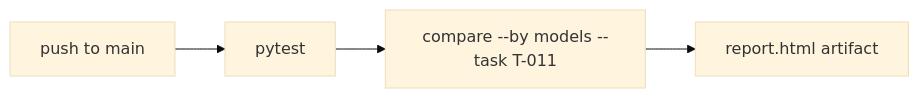
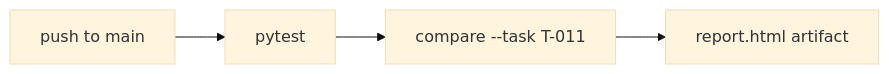
The sixth of 6 diagrams in README.md (HOSH19/HarnessLab), drawn with Mermaid (base theme) before and after one commit. The commit also changed other lines of this file and 2 other files, not shown here.

First line of the commit message:
Default compare mode to harness across all three variants.

````diff
--- a/README.md
+++ b/README.md
@@ -253,6 +253,6 @@
 ```mermaid
 flowchart LR
     Push[push to main] --> Unit[pytest]
-    Unit --> Smoke[compare --by models --task T-011]
+    Unit --> Smoke[compare --task T-011]
     Smoke --> Artifact[report.html artifact]
 ```
````
